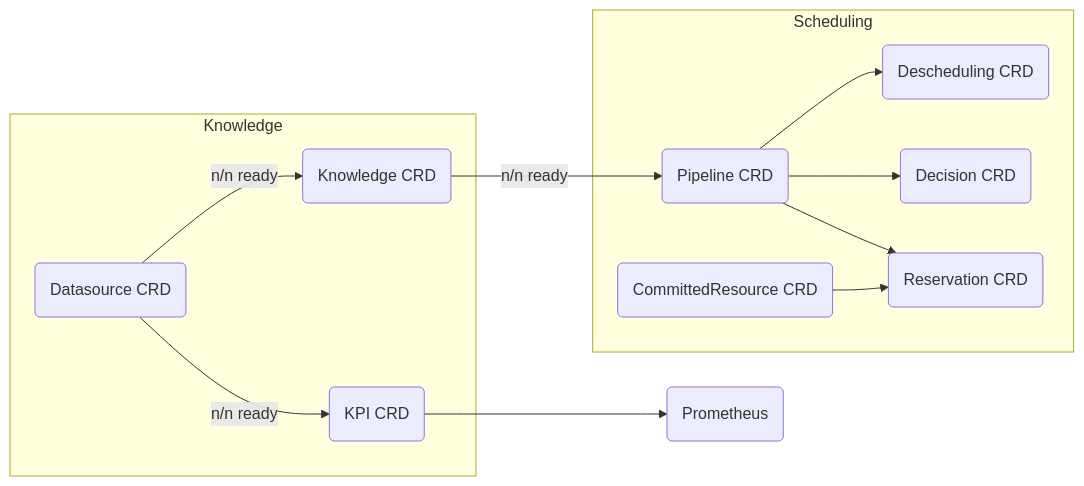
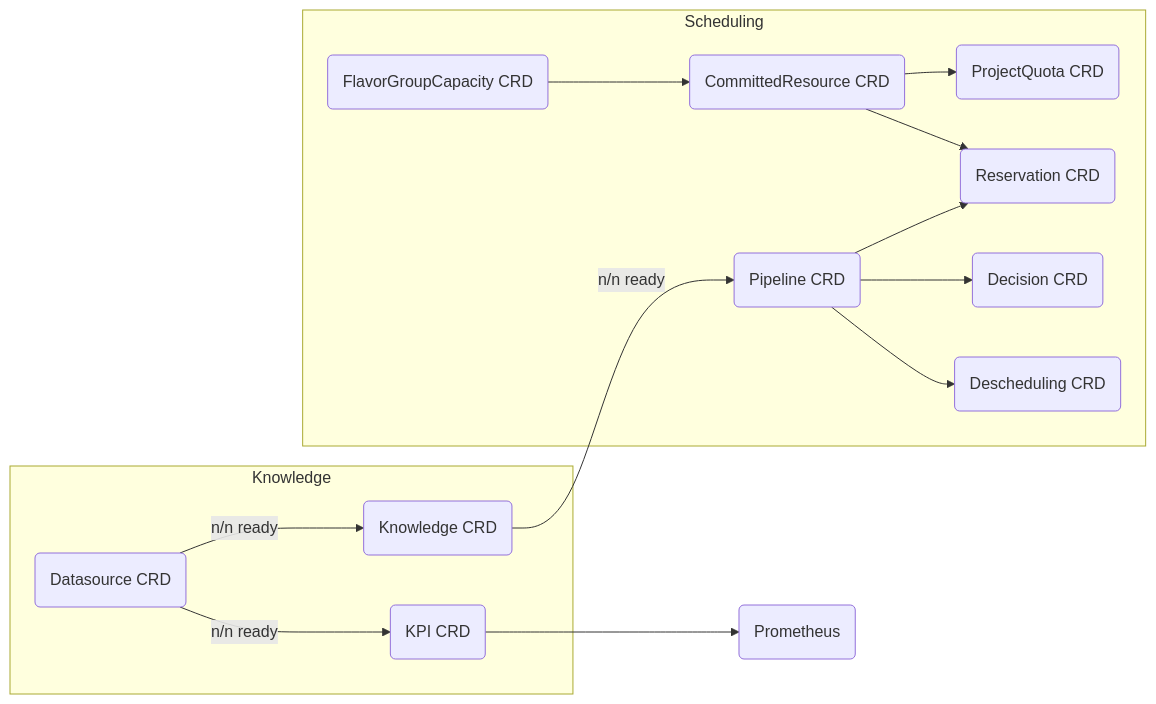
One commit to cobaltcore-dev/cortex changed the diagram in docs/apis.md. Above: the diagram before and after it, drawn with Mermaid. The commit also changed other lines of this file and 1 other file, not shown here.

First line of the commit message:
Update documentation for per-AZ ProjectQuota, FlavorGroupCapacity, and usage reconciler (#833)

````diff
--- a/docs/apis.md
+++ b/docs/apis.md
@@ -7,26 +7,30 @@
 ```mermaid
 graph LR;
     subgraph knowledgedb [Knowledge]
     datasource(Datasource CRD)
     kpi(KPI CRD)
     knowledge(Knowledge CRD)
     datasource -- n/n ready --> kpi
     datasource -- n/n ready --> knowledge
     end
 
     subgraph scheduling [Scheduling]
     pipeline(Pipeline CRD)
     descheduling(Descheduling CRD)
     decision(Decision CRD)
     reservation(Reservation CRD)
     committedresource(CommittedResource CRD)
+    projectquota(ProjectQuota CRD)
+    flavorgroupcapacity(FlavorGroupCapacity CRD)
     pipeline --> descheduling
     pipeline --> decision
     pipeline --> reservation
     committedresource --> reservation
+    committedresource --> projectquota
+    flavorgroupcapacity --> committedresource
     end
 
     prometheus(Prometheus)
     kpi --> prometheus
     knowledge -- n/n ready --> pipeline
 ```
````
